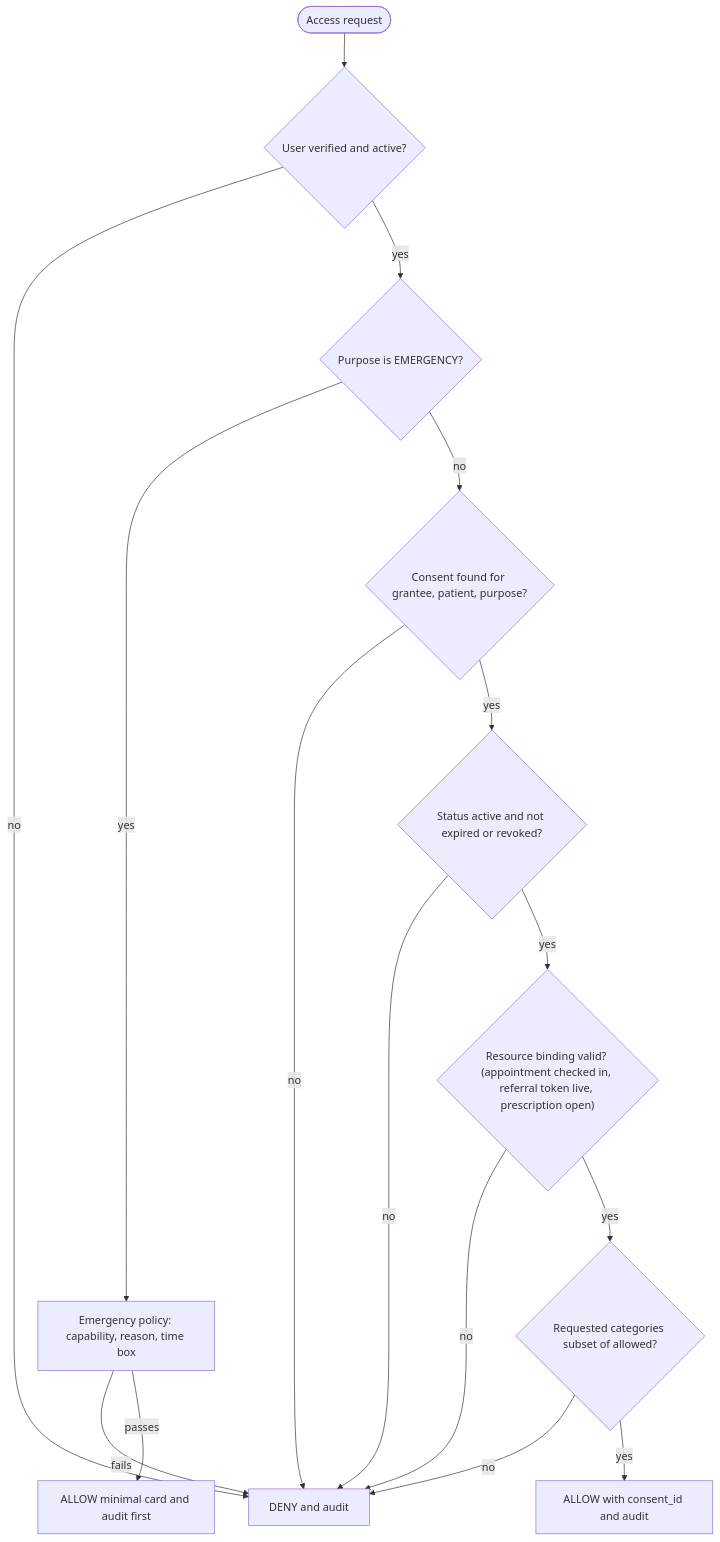
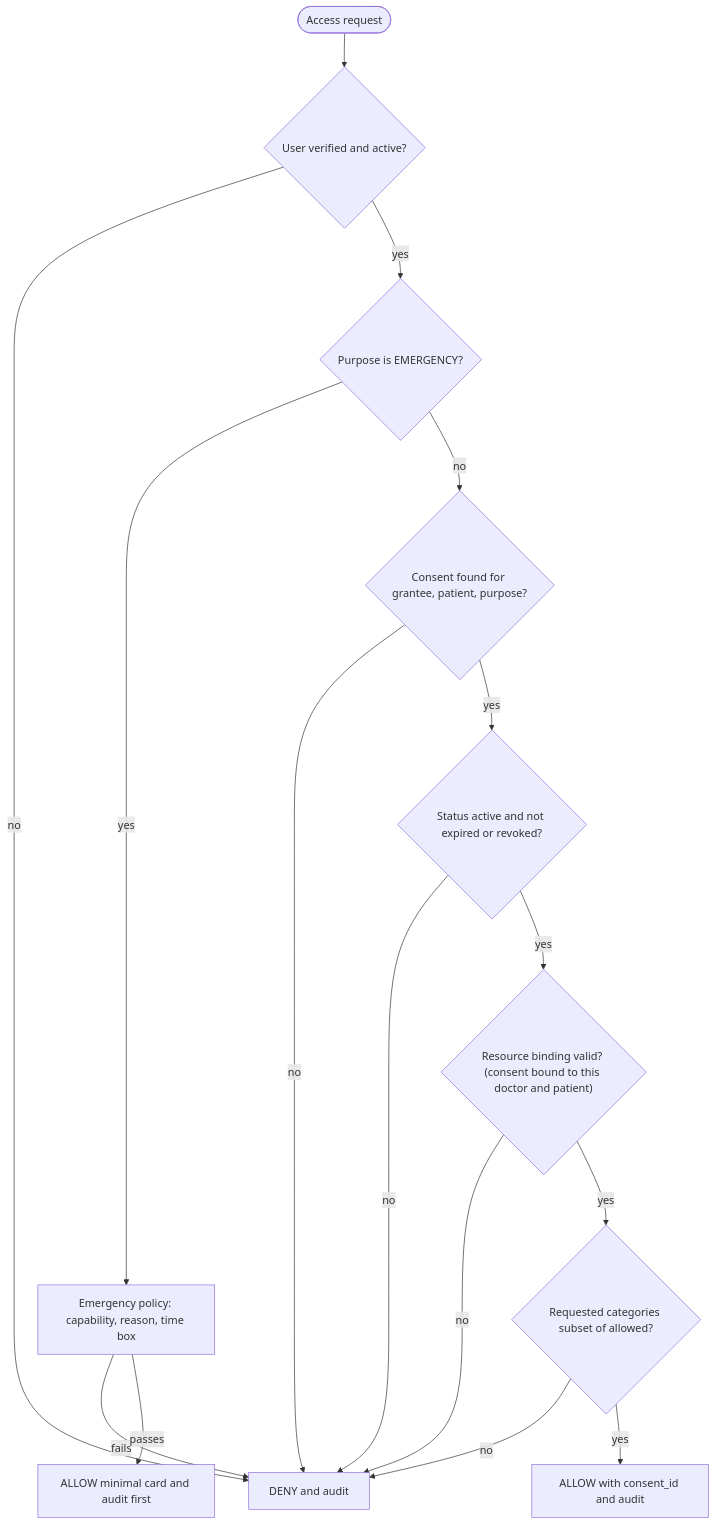
One commit to sarwar-islam/swasthyoid changed the seventh of 26 diagrams in docs/FRD.md. Above: the diagram before and after it, drawn with Mermaid. The commit also changed other lines of this file and 1 other file, not shown here.

````diff
--- a/docs/FRD.md
+++ b/docs/FRD.md
@@ -302,18 +280,18 @@
 ```mermaid
 flowchart TD
     S(["Access request"]) --> A1{"User verified and active?"}
     A1 -- no --> DENY["DENY and audit"]
     A1 -- yes --> A2{"Purpose is EMERGENCY?"}
     A2 -- yes --> EP["Emergency policy: capability, reason, time box"]
     EP -- fails --> DENY
     EP -- passes --> ALLOWE["ALLOW minimal card and audit first"]
     A2 -- no --> A3{"Consent found for grantee, patient, purpose?"}
     A3 -- no --> DENY
     A3 -- yes --> A4{"Status active and not expired or revoked?"}
     A4 -- no --> DENY
-    A4 -- yes --> A5{"Resource binding valid? (appointment checked in, referral token live, prescription open)"}
+    A4 -- yes --> A5{"Resource binding valid? (consent bound to this doctor and patient)"}
     A5 -- no --> DENY
     A5 -- yes --> A6{"Requested categories subset of allowed?"}
     A6 -- no --> DENY
     A6 -- yes --> ALLOW["ALLOW with consent_id and audit"]
 ```
````
